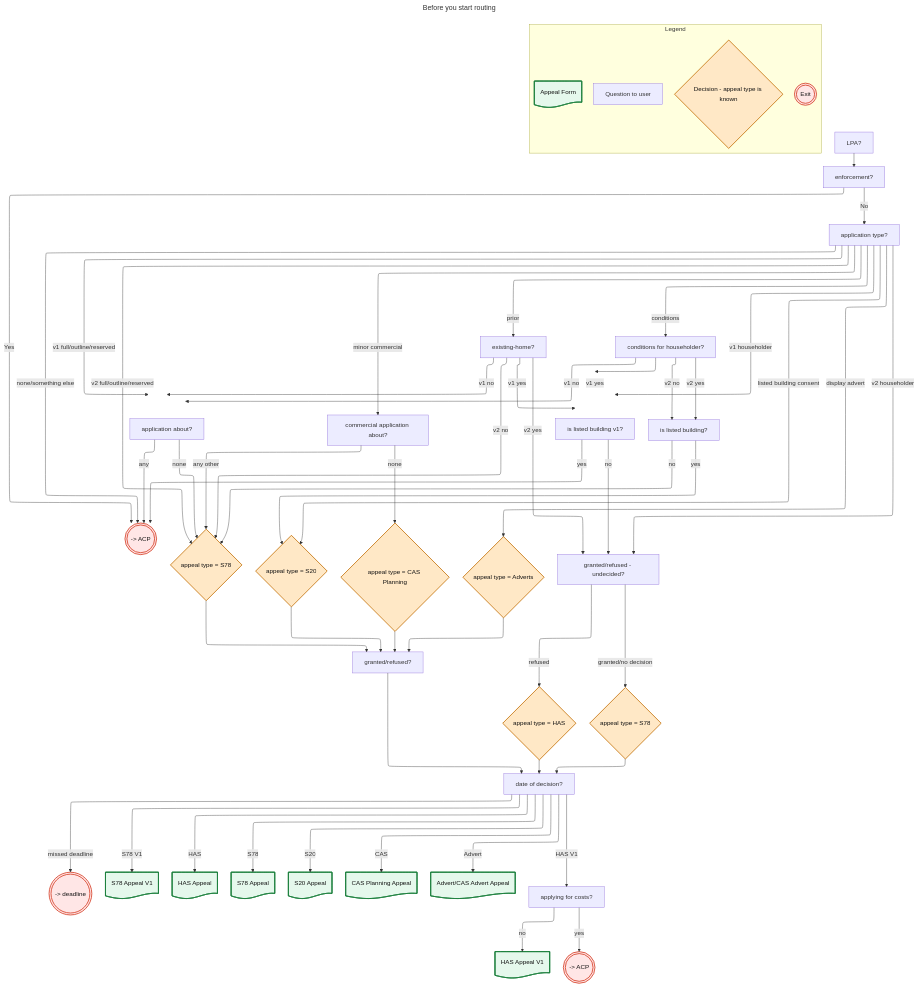
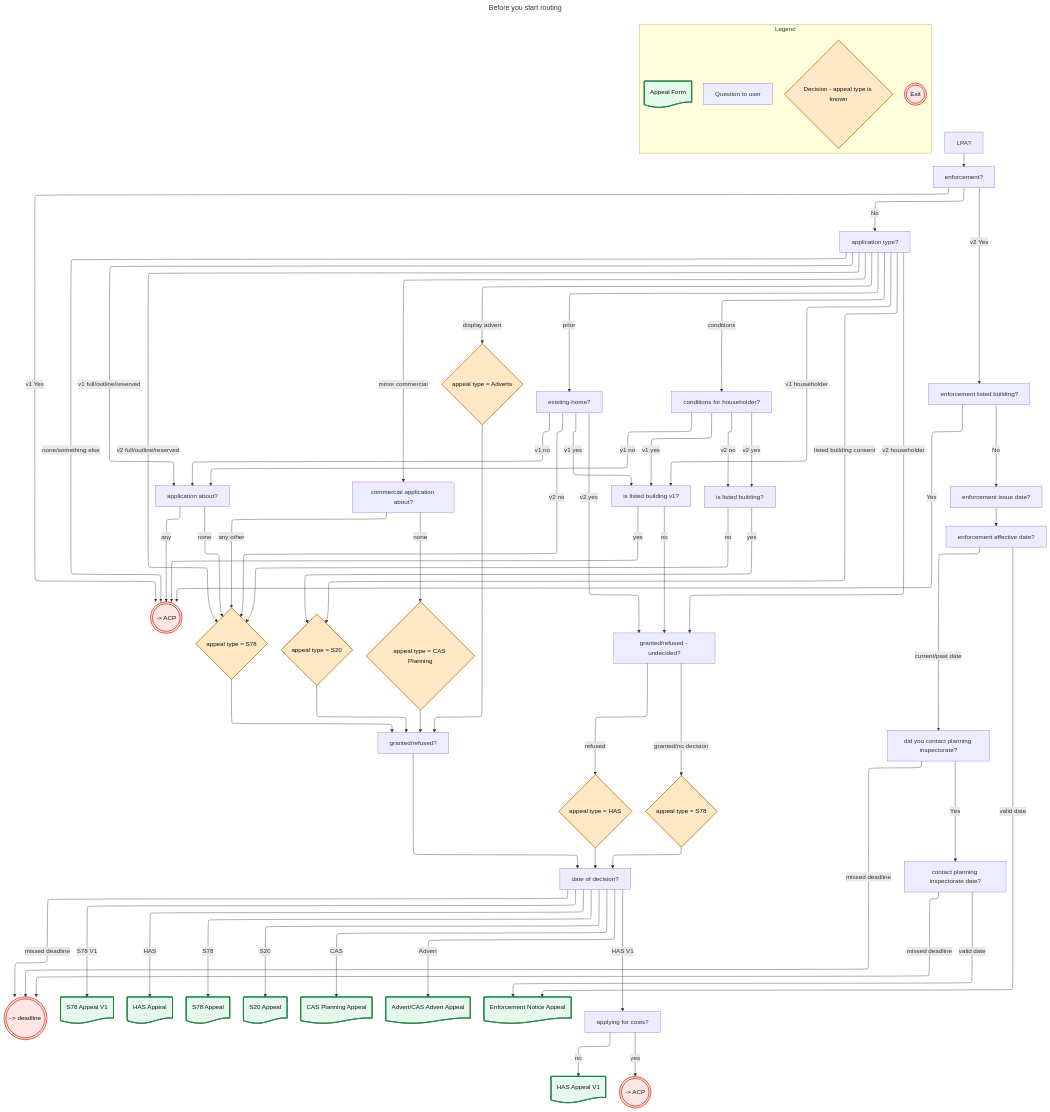
The diagram in docs/before-you-start.md (Planning-Inspectorate/appeal-planning-decision), drawn with Mermaid before and after one commit. The commit also changed 11 other files, not shown here.

First line of the commit message:
feat(appeals): bys effective date for enforcement notice

````diff
--- a/docs/before-you-start.md
+++ b/docs/before-you-start.md
@@ -36,6 +36,7 @@
     S20@{ shape: doc, label: "S20 Appeal" }
     CAS@{ shape: doc, label: "CAS Planning Appeal" }
     Advert@{ shape: doc, label: "Advert/CAS Advert Appeal" }
+    Enforcement@{ shape: doc, label: "Enforcement Notice Appeal" }
 
     %% questions
     lpa[LPA?]
@@ -51,12 +52,32 @@
     grantedRefusedUndecided[granted/refused - undecided?]
     decisionDate[date of decision?]
     costsHouseholder[applying for costs?]
+    enforcementListedBuilding[enforcement listed building?]
+    enforcementIssueDate[enforcement issue date?]
+    enforcementEffectiveDate[enforcement effective date?]
+    didYouContactPlanningInspectorate[did you contact planning inspectorate?]
+    contactPlanningInspectorateDate[contact planning inspectorate date?]
 
     %% routing
     lpa --> enforcement
 
-    enforcement -- Yes --> acp1
+    enforcement -- v1 Yes --> acp1
+    enforcement -- v2 Yes --> enforcementListedBuilding
     enforcement -- No --> applicationType
+
+    enforcementListedBuilding -- Yes --> acp1
+    enforcementListedBuilding -- No --> enforcementIssueDate
+
+    enforcementIssueDate --> enforcementEffectiveDate
+
+    enforcementEffectiveDate -- valid date --> Enforcement
+    enforcementEffectiveDate -- current/past date --> didYouContactPlanningInspectorate
+
+    didYouContactPlanningInspectorate -- Yes --> contactPlanningInspectorateDate
+    didYouContactPlanningInspectorate -- missed deadline --> deadline
+
+    contactPlanningInspectorateDate -- valid date --> Enforcement
+    contactPlanningInspectorateDate -- missed deadline --> deadline
 
     applicationType -- v1 full/outline/reserved --> applicationAbout
     applicationType -- v2 full/outline/reserved --> decideS78A
@@ -123,5 +144,5 @@
     classDef appealForm fill:#e5f8ec,stroke:#1b7f3c,color:#111,stroke-width:2px;
     classDef exitStyle fill:#ffe6e6,stroke:#d4351c,color:#111,stroke-width:2px;
 
-    class HAS_V1,S78_V1,HAS,S78,S20,Advert,CAS,legAppealForm,example appealForm;
+    class HAS_V1,S78_V1,HAS,S78,S20,Advert,CAS,legAppealForm,Enforcement,example appealForm;
 ```
````
